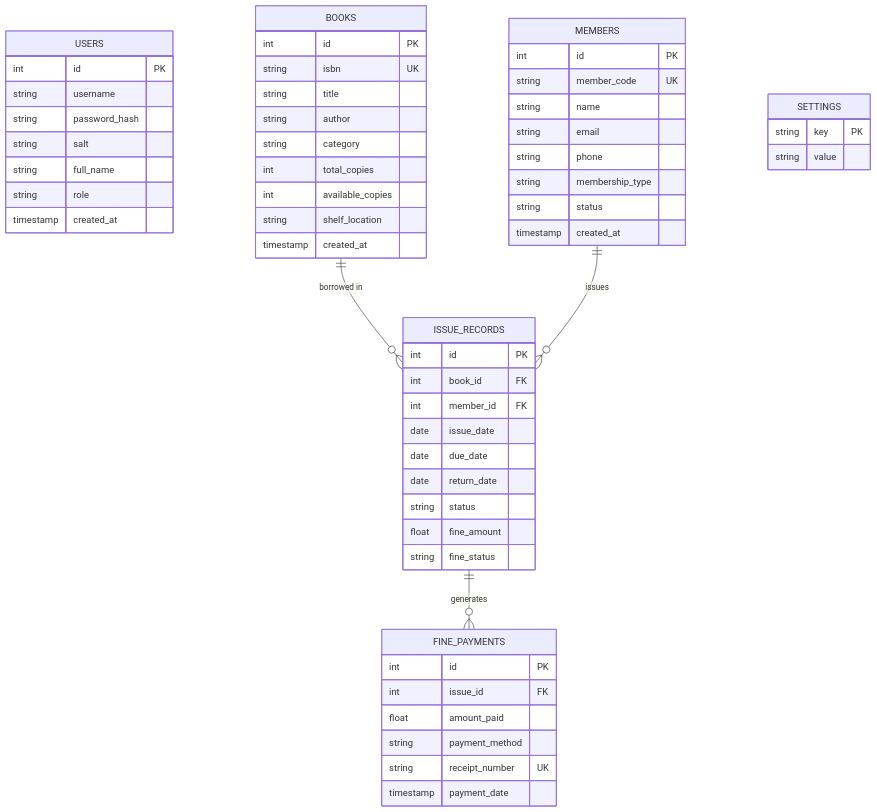
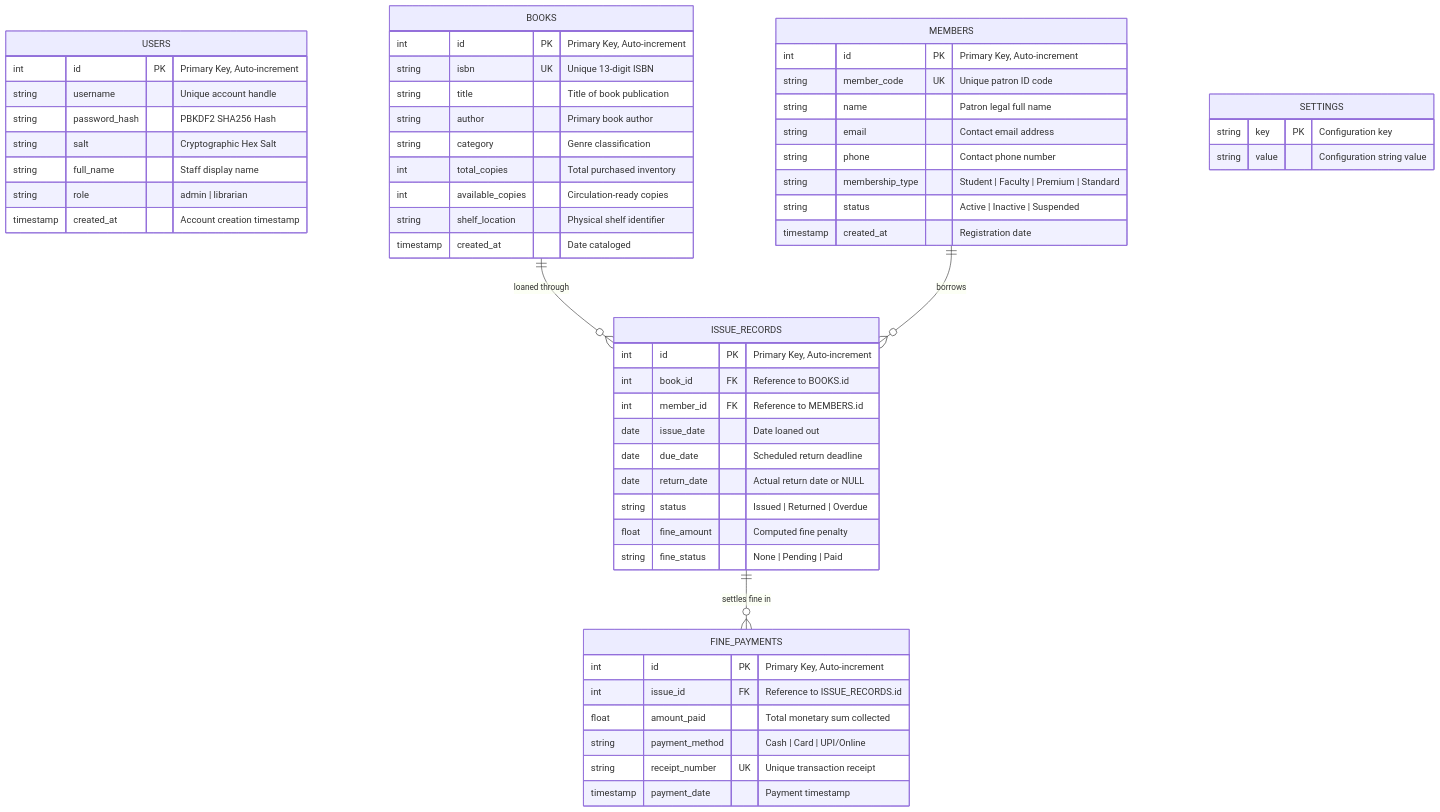
The second of 4 diagrams in project_file.md (chankya371/library-management-system-2.0), drawn with Mermaid before and after one commit. The commit also changed other lines of this file, not shown here.

````diff
--- a/project_file.md
+++ b/project_file.md
@@ -226,60 +312,60 @@
 ```mermaid
 erDiagram
     USERS {
-        int id PK
-        string username
-        string password_hash
-        string salt
-        string full_name
-        string role
-        timestamp created_at
+        int id PK "Primary Key, Auto-increment"
+        string username "Unique account handle"
+        string password_hash "PBKDF2 SHA256 Hash"
+        string salt "Cryptographic Hex Salt"
+        string full_name "Staff display name"
+        string role "admin | librarian"
+        timestamp created_at "Account creation timestamp"
     }
     BOOKS {
-        int id PK
-        string isbn UK
-        string title
-        string author
-        string category
-        int total_copies
-        int available_copies
-        string shelf_location
-        timestamp created_at
+        int id PK "Primary Key, Auto-increment"
+        string isbn UK "Unique 13-digit ISBN"
+        string title "Title of book publication"
+        string author "Primary book author"
+        string category "Genre classification"
+        int total_copies "Total purchased inventory"
+        int available_copies "Circulation-ready copies"
+        string shelf_location "Physical shelf identifier"
+        timestamp created_at "Date cataloged"
     }
     MEMBERS {
-        int id PK
-        string member_code UK
-        string name
-        string email
-        string phone
-        string membership_type
-        string status
-        timestamp created_at
+        int id PK "Primary Key, Auto-increment"
+        string member_code UK "Unique patron ID code"
+        string name "Patron legal full name"
+        string email "Contact email address"
+        string phone "Contact phone number"
+        string membership_type "Student | Faculty | Premium | Standard"
+        string status "Active | Inactive | Suspended"
+        timestamp created_at "Registration date"
     }
     ISSUE_RECORDS {
-        int id PK
-        int book_id FK
-        int member_id FK
-        date issue_date
-        date due_date
-        date return_date
-        string status
-        float fine_amount
-        string fine_status
+        int id PK "Primary Key, Auto-increment"
+        int book_id FK "Reference to BOOKS.id"
+        int member_id FK "Reference to MEMBERS.id"
+        date issue_date "Date loaned out"
+        date due_date "Scheduled return deadline"
+        date return_date "Actual return date or NULL"
+        string status "Issued | Returned | Overdue"
+        float fine_amount "Computed fine penalty"
+        string fine_status "None | Pending | Paid"
     }
     FINE_PAYMENTS {
-        int id PK
-        int issue_id FK
-        float amount_paid
-        string payment_method
-        string receipt_number UK
-        timestamp payment_date
+        int id PK "Primary Key, Auto-increment"
+        int issue_id FK "Reference to ISSUE_RECORDS.id"
+        float amount_paid "Total monetary sum collected"
+        string payment_method "Cash | Card | UPI/Online"
+        string receipt_number UK "Unique transaction receipt"
+        timestamp payment_date "Payment timestamp"
     }
     SETTINGS {
-        string key PK
-        string value
+        string key PK "Configuration key"
+        string value "Configuration string value"
     }
 
-    BOOKS ||--o{ ISSUE_RECORDS : "borrowed in"
-    MEMBERS ||--o{ ISSUE_RECORDS : "issues"
-    ISSUE_RECORDS ||--o{ FINE_PAYMENTS : "generates"
+    BOOKS ||--o{ ISSUE_RECORDS : "loaned through"
+    MEMBERS ||--o{ ISSUE_RECORDS : "borrows"
+    ISSUE_RECORDS ||--o{ FINE_PAYMENTS : "settles fine in"
 ```
````
